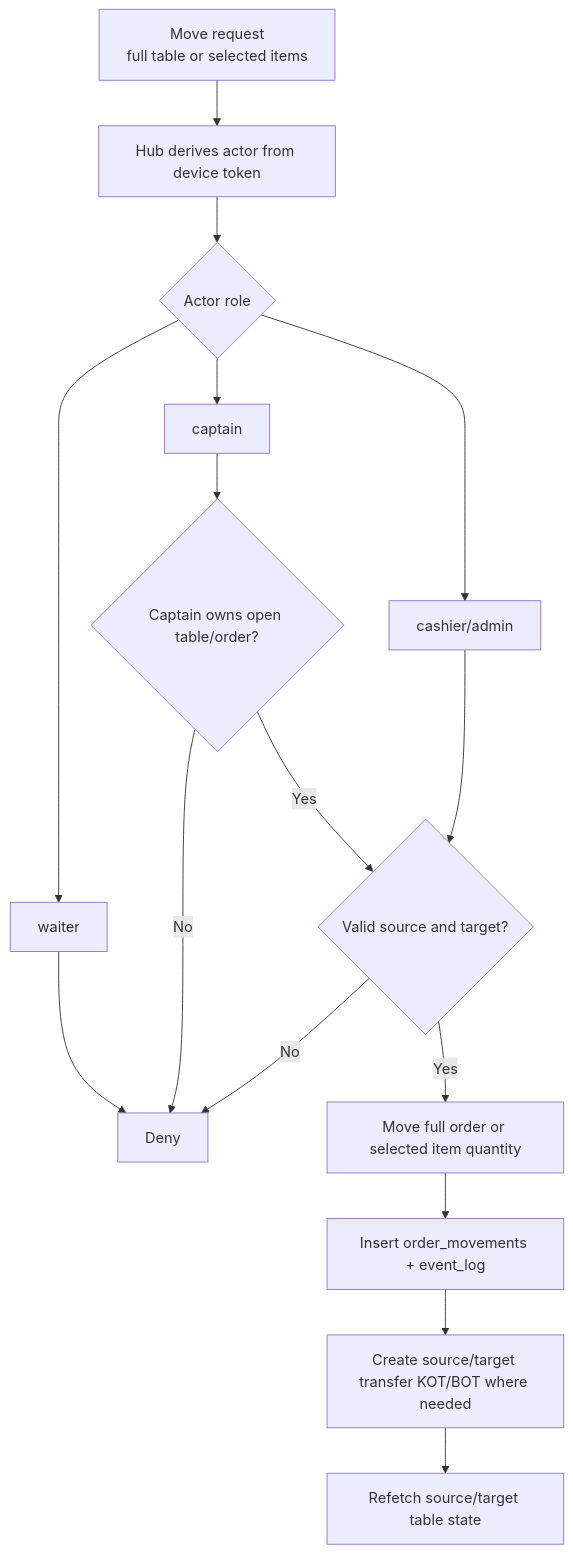
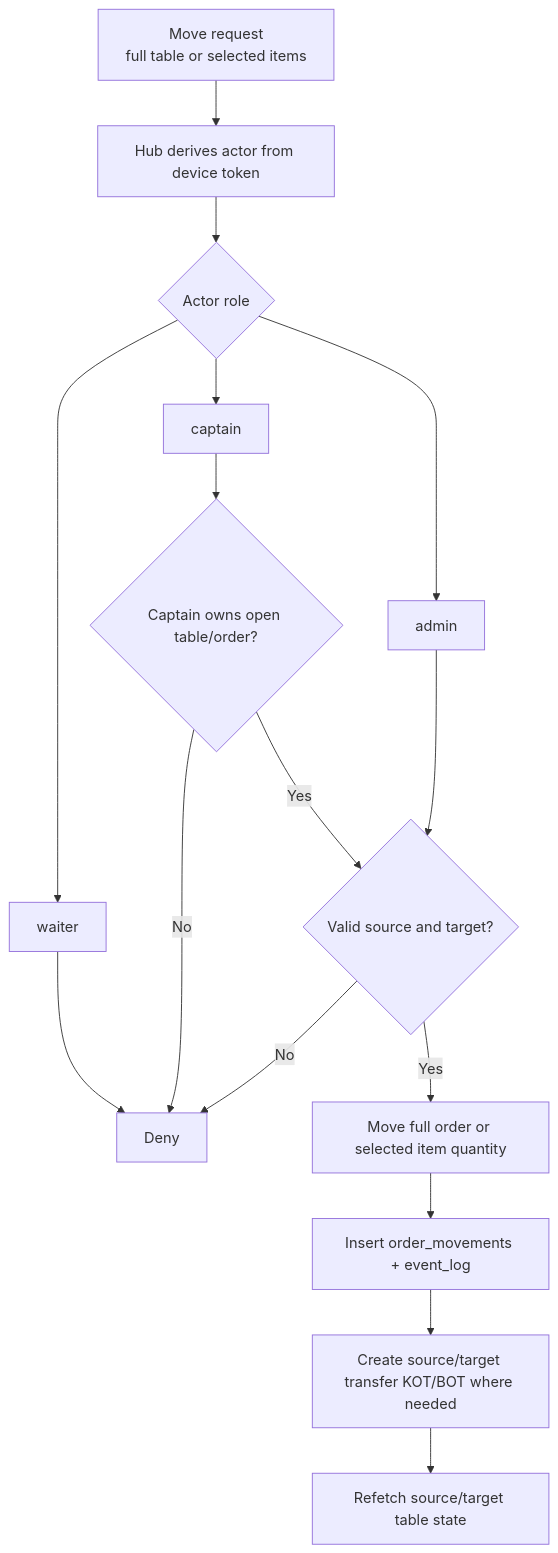
Before and after one commit to shubham909090/Open-POS: diagram 12 of 17 in flowchart.md, drawn with Mermaid. The commit also changed other lines of this file and 45 other files, not shown here.

Commit message:
Refactor Convex app and update related UI flows

````diff
--- a/flowchart.md
+++ b/flowchart.md
@@ -372,25 +372,25 @@
 ```mermaid
 flowchart TD
   Request["Move request<br/>full table or selected items"]
   Auth["Hub derives actor from device token"]
   Role{"Actor role"}
   Waiter["waiter"]
   Captain["captain"]
-  CashierAdmin["cashier/admin"]
+  CaptainAdmin["admin"]
   Deny["Deny"]
   OwnCheck{"Captain owns open table/order?"}
   ValidCheck{"Valid source and target?"}
   Apply["Move full order or selected item quantity"]
   Audit["Insert order_movements + event_log"]
   TransferTickets["Create source/target transfer KOT/BOT where needed"]
   Refresh["Refetch source/target table state"]
 
   Request --> Auth --> Role
   Role --> Waiter --> Deny
   Role --> Captain --> OwnCheck
-  Role --> CashierAdmin --> ValidCheck
+  Role --> CaptainAdmin --> ValidCheck
   OwnCheck -- "No" --> Deny
   OwnCheck -- "Yes" --> ValidCheck
   ValidCheck -- "No" --> Deny
   ValidCheck -- "Yes" --> Apply --> Audit --> TransferTickets --> Refresh
 ```
````
